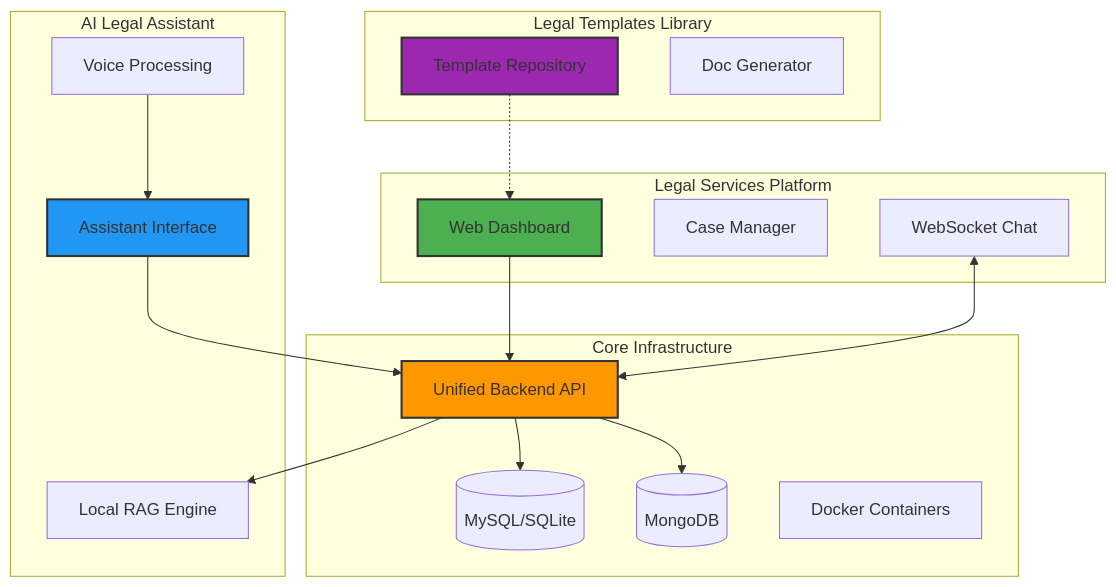
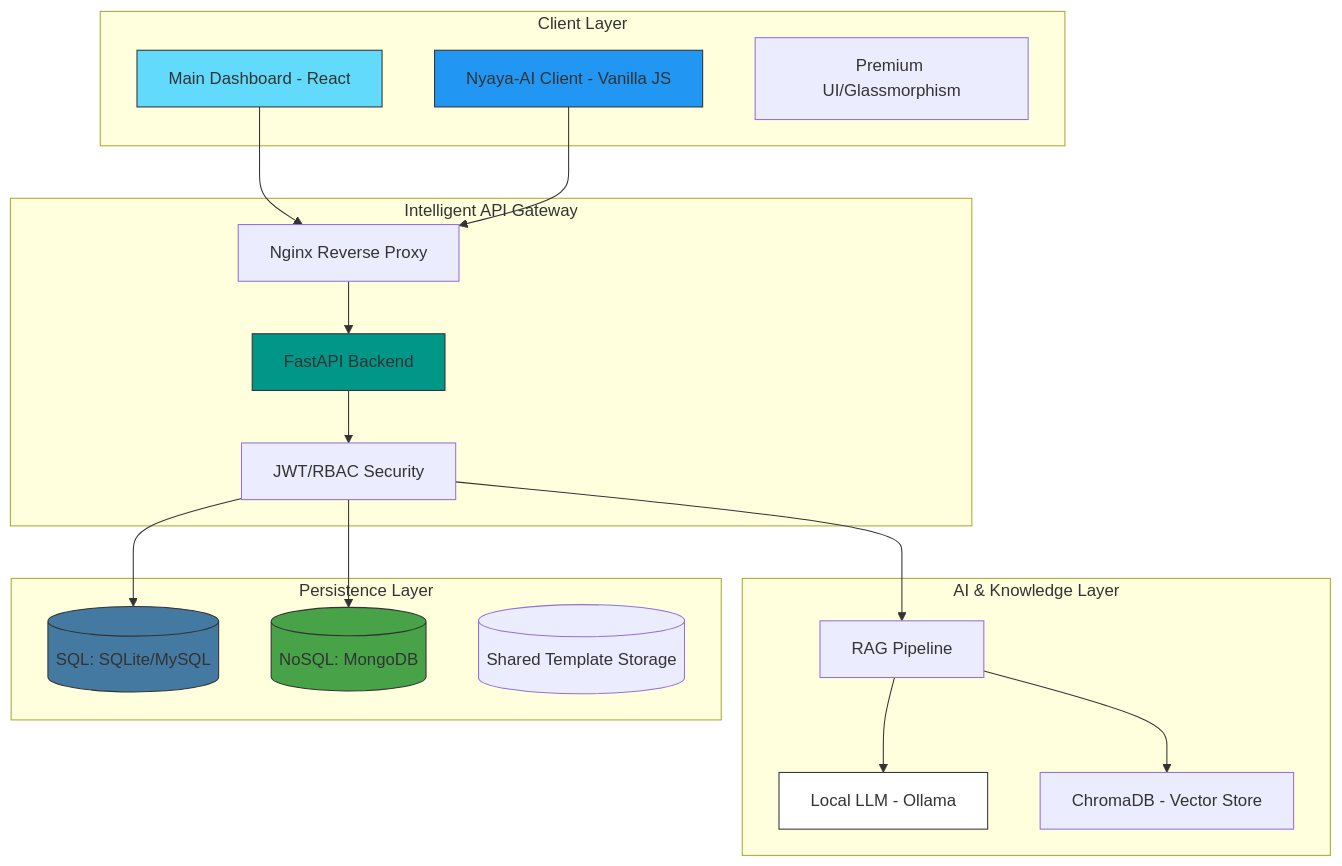
Before and after one commit to quantumNexus0/ai_legal_ecosystem: the diagram in README.md, drawn with Mermaid. The commit also changed other lines of this file and 7696 other files, not shown here.

````diff
--- a/README.md
+++ b/README.md
@@ -94,42 +73,45 @@
 ```mermaid
 graph TB
-    subgraph "Core Infrastructure"
-        Backend[Unified Backend API]
-        SQL[(MySQL/SQLite)]
-        NoSQL[(MongoDB)]
-        Docker[Docker Containers]
+    subgraph "Client Layer"
+        Platform[Main Dashboard - React]
+        Assistant[Nyaya-AI Client - Vanilla JS]
+        Style[Premium UI/Glassmorphism]
     end
 
-    subgraph "Legal Services Platform"
-        Dashboard[Web Dashboard]
-        CaseMgr[Case Manager]
-        Chat[WebSocket Chat]
+    subgraph "Intelligent API Gateway"
+        FastAPI[FastAPI Backend]
+        Auth[JWT/RBAC Security]
+        Proxy[Nginx Reverse Proxy]
     end
 
-    subgraph "AI Legal Assistant"
-        AssistantUI[Assistant Interface]
-        Voice[Voice Processing]
-        LocalRAG[Local RAG Engine]
+    subgraph "AI & Knowledge Layer"
+        Ollama[Local LLM - Ollama]
+        VectorDB[ChromaDB - Vector Store]
+        LocalRAG[RAG Pipeline]
     end
 
-    subgraph "Legal Templates Library"
-        TemplateLib[Template Repository]
-        Generator[Doc Generator]
+    subgraph "Persistence Layer"
+        SQL[(SQL: SQLite/MySQL)]
+        NoSQL[(NoSQL: MongoDB)]
+        Shared[(Shared Template Storage)]
     end
 
-    Dashboard --> Backend
-    AssistantUI --> Backend
-    TemplateLib -.-> Dashboard
+    Platform --> Proxy
+    Assistant --> Proxy
+    Proxy --> FastAPI
     
-    Backend --> SQL
-    Backend --> NoSQL
-    Backend --> LocalRAG
+    FastAPI --> Auth
+    Auth --> SQL
+    Auth --> NoSQL
+    Auth --> LocalRAG
     
-    Chat <--> Backend
-    Voice --> AssistantUI
+    LocalRAG --> VectorDB
+    LocalRAG --> Ollama
     
-    style Backend fill:#ff9800,stroke:#333,stroke-width:2px
-    style Dashboard fill:#4caf50,stroke:#333,stroke-width:2px
-    style AssistantUI fill:#2196f3,stroke:#333,stroke-width:2px
-    style TemplateLib fill:#9c27b0,stroke:#333,stroke-width:2px
+    style Platform fill:#61DAFB,stroke:#333
+    style Assistant fill:#2196f3,stroke:#333
+    style FastAPI fill:#009688,stroke:#333
+    style Ollama fill:#ffffff,stroke:#333
+    style SQL fill:#4479A1,stroke:#333
+    style NoSQL fill:#47A248,stroke:#333
 ```
````
